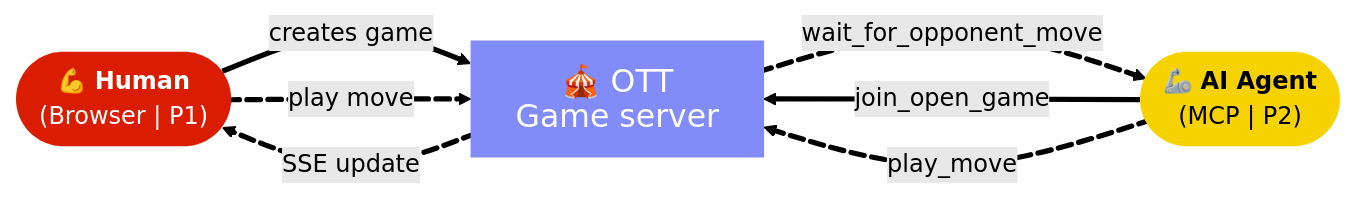
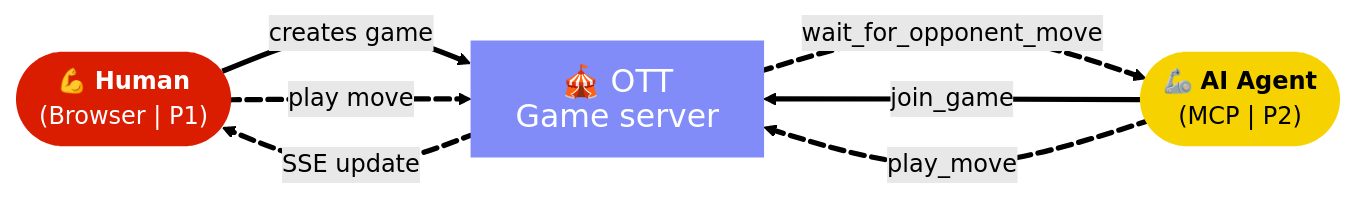
The first of 2 diagrams in README.md (cornuz/over-the-top-mcp), drawn with Mermaid (forest theme) before and after one commit. The commit also changed other lines of this file and 1 other file, not shown here.

````diff
--- a/README.md
+++ b/README.md
@@ -19,26 +19,26 @@
 ```mermaid
 flowchart LR
     H(["💪 <b>Human<br></b>(Browser | P1)"]) L_H_E_0@== creates game ==> E["🎪 OTT<br>Game server"]
-    A(["🦾 <b>AI Agent<br></b>(MCP | P2)"]) L_A_E_0@== join_open_game ==> E
+    A(["🦾 <b>AI Agent<br></b>(MCP | P2)"]) L_A_E_0@== join_game ==> E
     E L_E_A_0@== wait_for_opponent_move ==> A
     A L_A_E_2@== play_move ==> E
     E L_E_H_0@== SSE update ==> H
     H L_H_E_2@== play move ==> E
 
      H:::playerone
      E:::server
      A:::playertwo
     classDef playerone fill:#DA1D00,stroke:#fff,color:#fff,rx:20
     classDef playertwo fill:#F6D300,stroke:#fff,color:#000,rx:20
     classDef server fill:#818cf8,stroke:#94a3b8,color:#fff
     style H stroke:#000000,stroke-width:0px,stroke-dasharray:0
     style E font-size:21px,line-height:24px,stroke-width:0px,stroke-dasharray:0,stroke:#000000
     style A stroke-width:0px,stroke-dasharray:0
 
     L_H_E_0@{ curve: natural }
     L_A_E_0@{ curve: natural }
     L_E_A_0@{ curve: natural, animation: slow }
     L_A_E_2@{ curve: natural, animation: slow }
     L_E_H_0@{ curve: natural, animation: slow }
     L_H_E_2@{ curve: natural, animation: slow }
 ```
````
